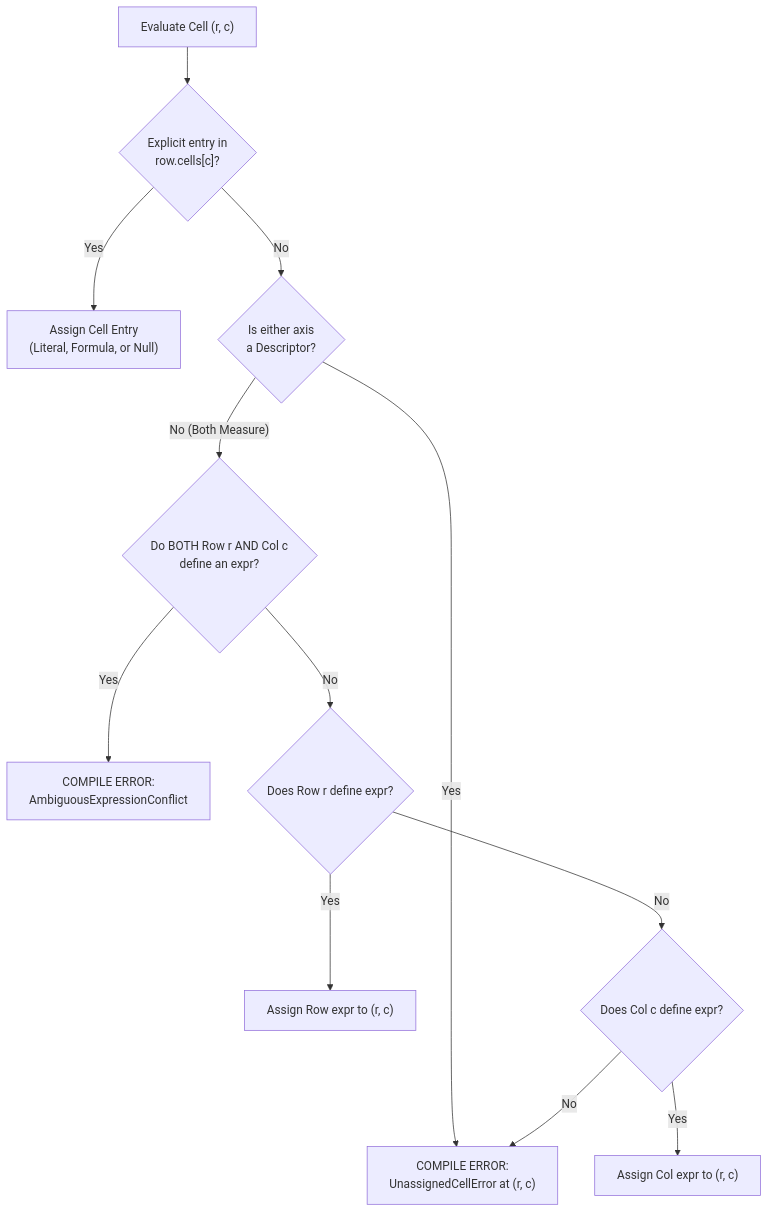
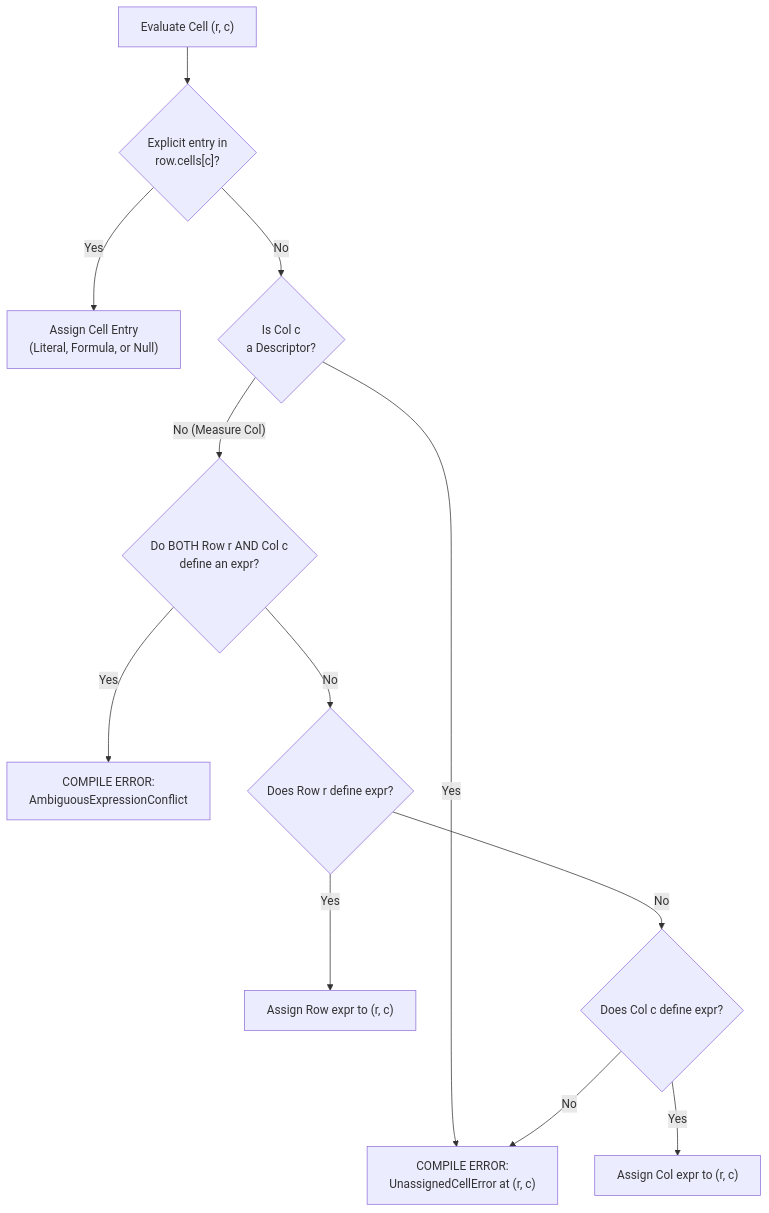
One commit to mhcfa/f8 changed the second of 2 diagrams in docs/compiler/ir.md. Above: the diagram before and after it, drawn with Mermaid. The commit also changed other lines of this file and 13 other files, not shown here.

First line of the commit message:
docs(dsl, compiler): align architecture and specification documents with explicit grid model

````diff
--- a/docs/compiler/ir.md
+++ b/docs/compiler/ir.md
@@ -64,14 +62,14 @@
 ```mermaid
 flowchart TD
     A["Evaluate Cell (r, c)"] --> B{"Explicit entry in\nrow.cells[c]?"}
     B -->|"Yes"| C["Assign Cell Entry\n(Literal, Formula, or Null)"]
-    B -->|"No"| D{"Is either axis\na Descriptor?"}
+    B -->|"No"| D{"Is Col c\na Descriptor?"}
     D -->|"Yes"| G["COMPILE ERROR:\nUnassignedCellError at (r, c)"]
-    D -->|"No (Both Measure)"| H{"Do BOTH Row r AND Col c\ndefine an expr?"}
+    D -->|"No (Measure Col)"| H{"Do BOTH Row r AND Col c\ndefine an expr?"}
     H -->|"Yes"| I["COMPILE ERROR:\nAmbiguousExpressionConflict"]
     H -->|"No"| J{"Does Row r define expr?"}
     J -->|"Yes"| K["Assign Row expr to (r, c)"]
     J -->|"No"| L{"Does Col c define expr?"}
     L -->|"Yes"| M["Assign Col expr to (r, c)"]
     L -->|"No"| G
 ```
````
